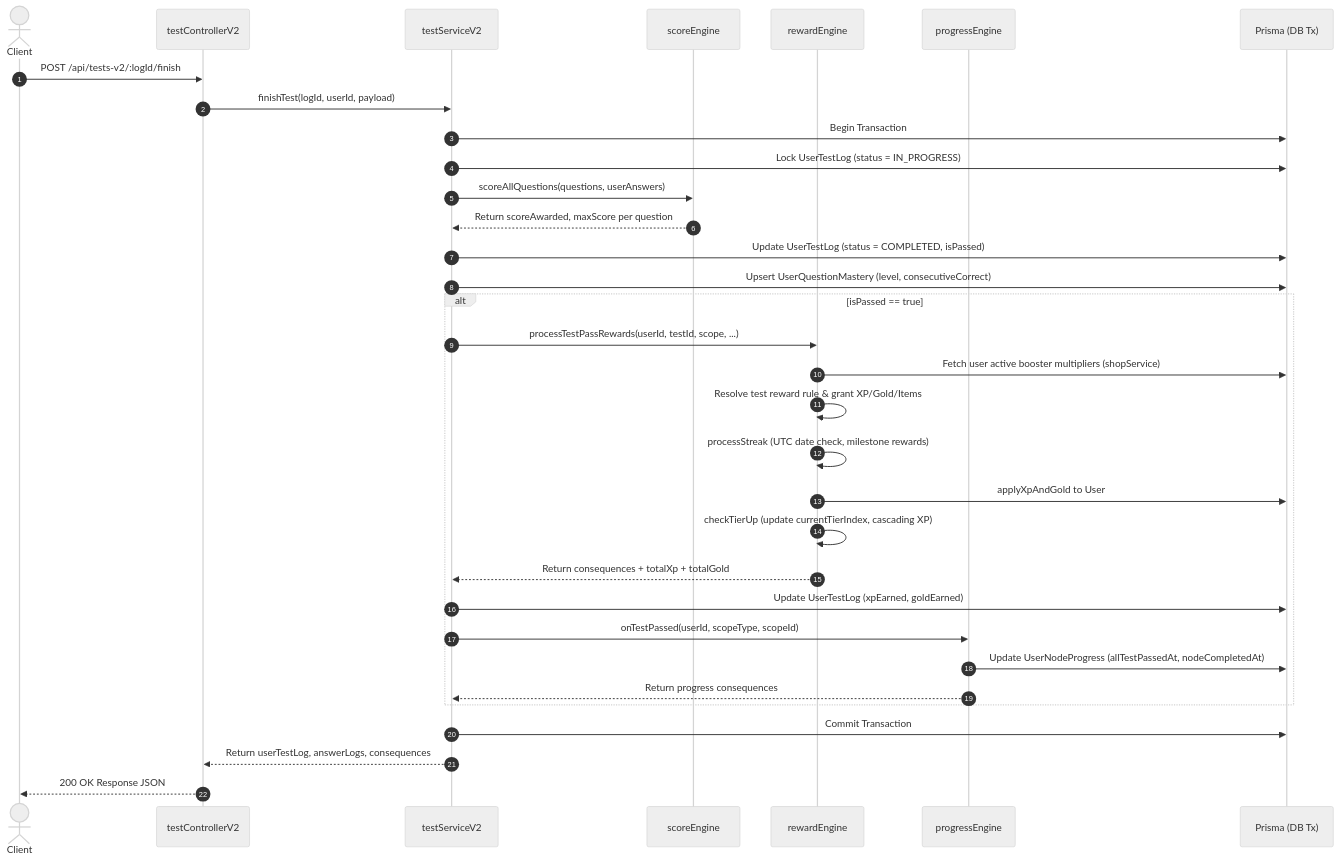
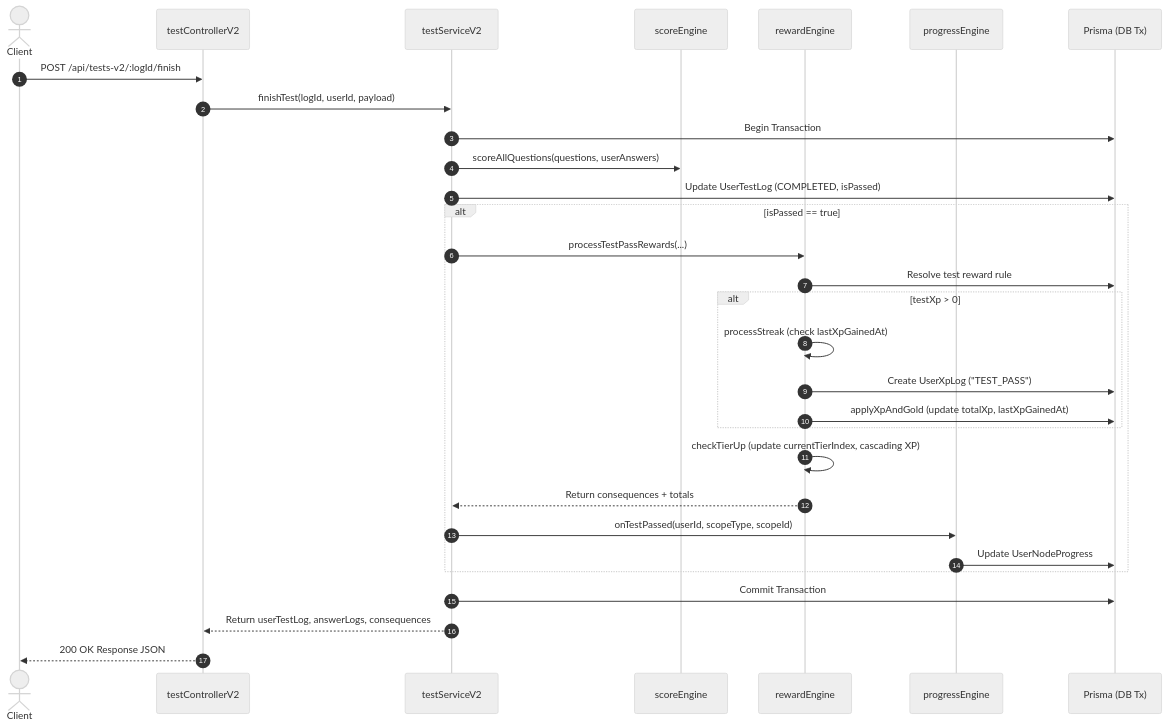
The diagram in docs/features/test_v2.md (Phuc-1234/history-app), drawn with Mermaid (neutral theme) before and after one commit. The commit also changed other lines of this file and 15 other files, not shown here.

Commit message:
streak upg, xp graph

````diff
--- a/docs/features/test_v2.md
+++ b/docs/features/test_v2.md
@@ -392,38 +291,35 @@
 ```mermaid
 sequenceDiagram
     autonumber
     actor Client
     participant Controller as testControllerV2
     participant Service as testServiceV2
     participant Score as scoreEngine
     participant Reward as rewardEngine
     participant Progress as progressEngine
     participant DB as Prisma (DB Tx)
 
     Client->>Controller: POST /api/tests-v2/:logId/finish
     Controller->>Service: finishTest(logId, userId, payload)
     Service->>DB: Begin Transaction
-    Service->>DB: Lock UserTestLog (status = IN_PROGRESS)
     Service->>Score: scoreAllQuestions(questions, userAnswers)
-    Score-->>Service: Return scoreAwarded, maxScore per question
-    Service->>DB: Update UserTestLog (status = COMPLETED, isPassed)
-    Service->>DB: Upsert UserQuestionMastery (level, consecutiveCorrect)
+    Service->>DB: Update UserTestLog (COMPLETED, isPassed)
 
     alt isPassed == true
-        Service->>Reward: processTestPassRewards(userId, testId, scope, ...)
-        Reward->>DB: Fetch user active booster multipliers (shopService)
-        Reward->>Reward: Resolve test reward rule & grant XP/Gold/Items
-        Reward->>Reward: processStreak (UTC date check, milestone rewards)
-        Reward->>DB: applyXpAndGold to User
+        Service->>Reward: processTestPassRewards(...)
+        Reward->>DB: Resolve test reward rule
+        alt testXp > 0
+            Reward->>Reward: processStreak (check lastXpGainedAt)
+            Reward->>DB: Create UserXpLog ("TEST_PASS")
+            Reward->>DB: applyXpAndGold (update totalXp, lastXpGainedAt)
+        end
         Reward->>Reward: checkTierUp (update currentTierIndex, cascading XP)
-        Reward-->>Service: Return consequences + totalXp + totalGold
-        Service->>DB: Update UserTestLog (xpEarned, goldEarned)
+        Reward-->>Service: Return consequences + totals
         Service->>Progress: onTestPassed(userId, scopeType, scopeId)
-        Progress->>DB: Update UserNodeProgress (allTestPassedAt, nodeCompletedAt)
-        Progress-->>Service: Return progress consequences
+        Progress->>DB: Update UserNodeProgress
     end
 
     Service->>DB: Commit Transaction
     Service-->>Controller: Return userTestLog, answerLogs, consequences
     Controller-->>Client: 200 OK Response JSON
 ```
````
